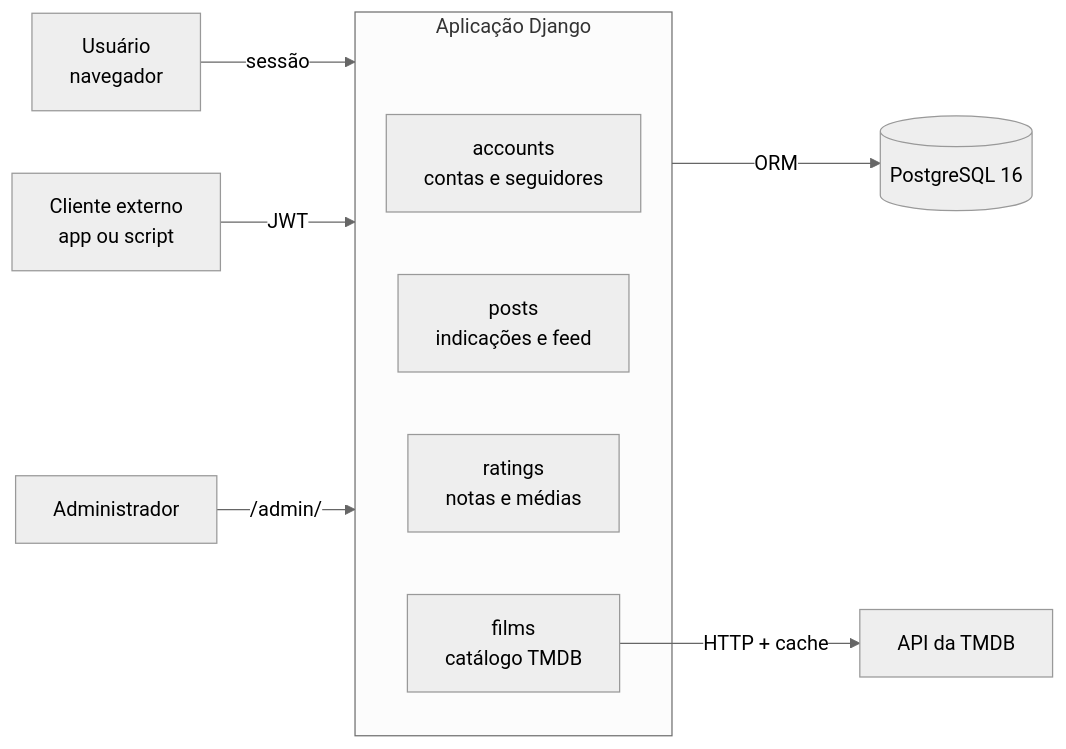
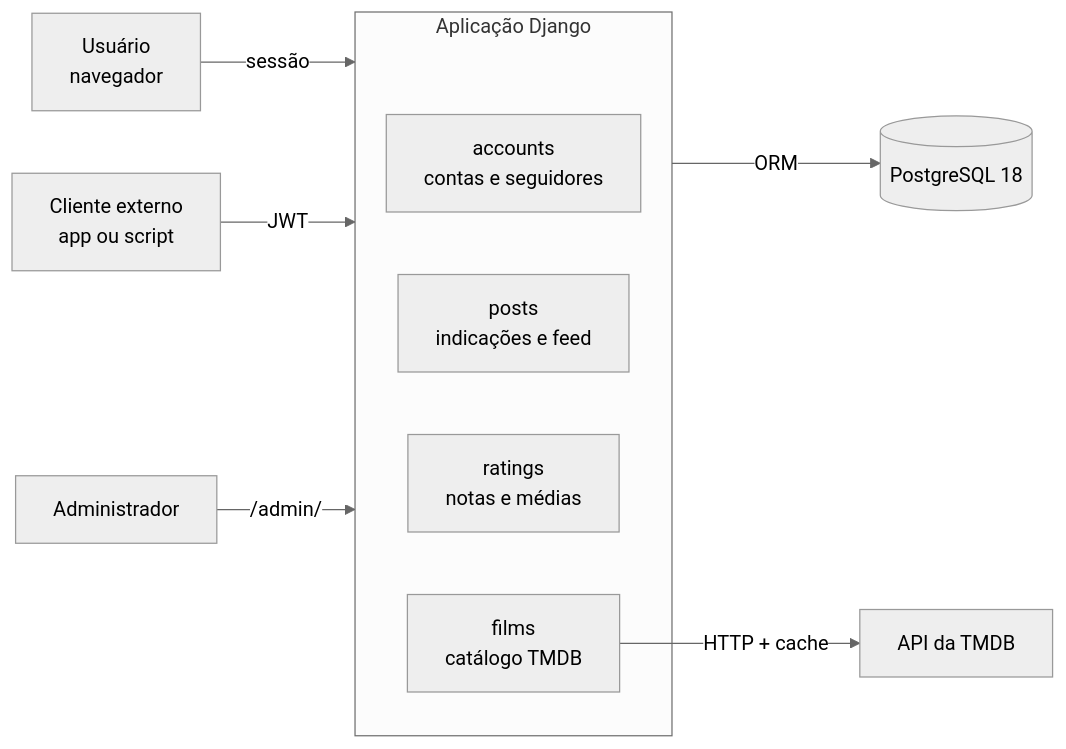
Before and after one commit to TallysCesarGB/2026-ifrn-ads-dsw-integrador-1: the diagram in README.md, drawn with Mermaid (neutral theme). The commit also changed other lines of this file and 2 other files, not shown here.

````diff
--- a/README.md
+++ b/README.md
@@ -34,16 +34,16 @@
 ```mermaid
 flowchart LR
     U[Usuário<br/>navegador] -- sessão --> APP
     C[Cliente externo<br/>app ou script] -- JWT --> APP
     A[Administrador] -- /admin/ --> APP
 
     subgraph APP[Aplicação Django]
         ACC[accounts<br/>contas e seguidores]
         POS[posts<br/>indicações e feed]
         RAT[ratings<br/>notas e médias]
         FIL[films<br/>catálogo TMDB]
     end
 
-    APP -- ORM --> DB[(PostgreSQL 16)]
+    APP -- ORM --> DB[(PostgreSQL 18)]
     FIL -- HTTP + cache --> TMDB[API da TMDB]
 ```
````
